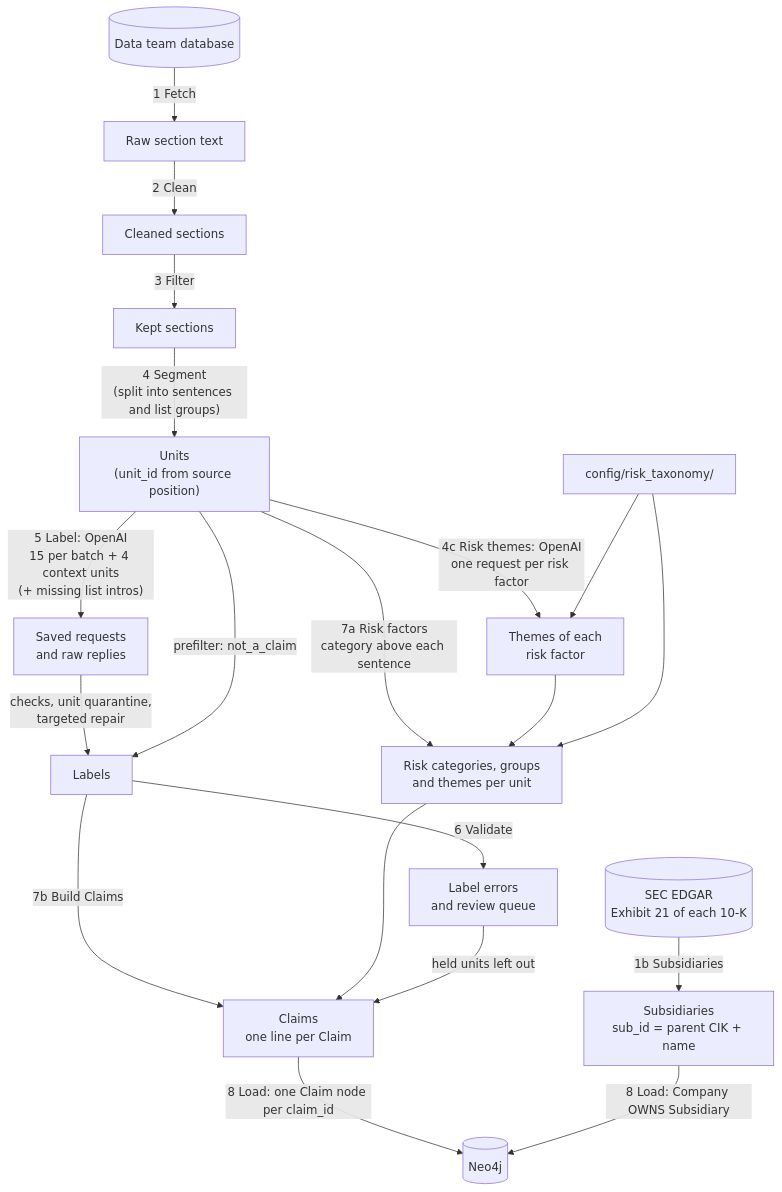
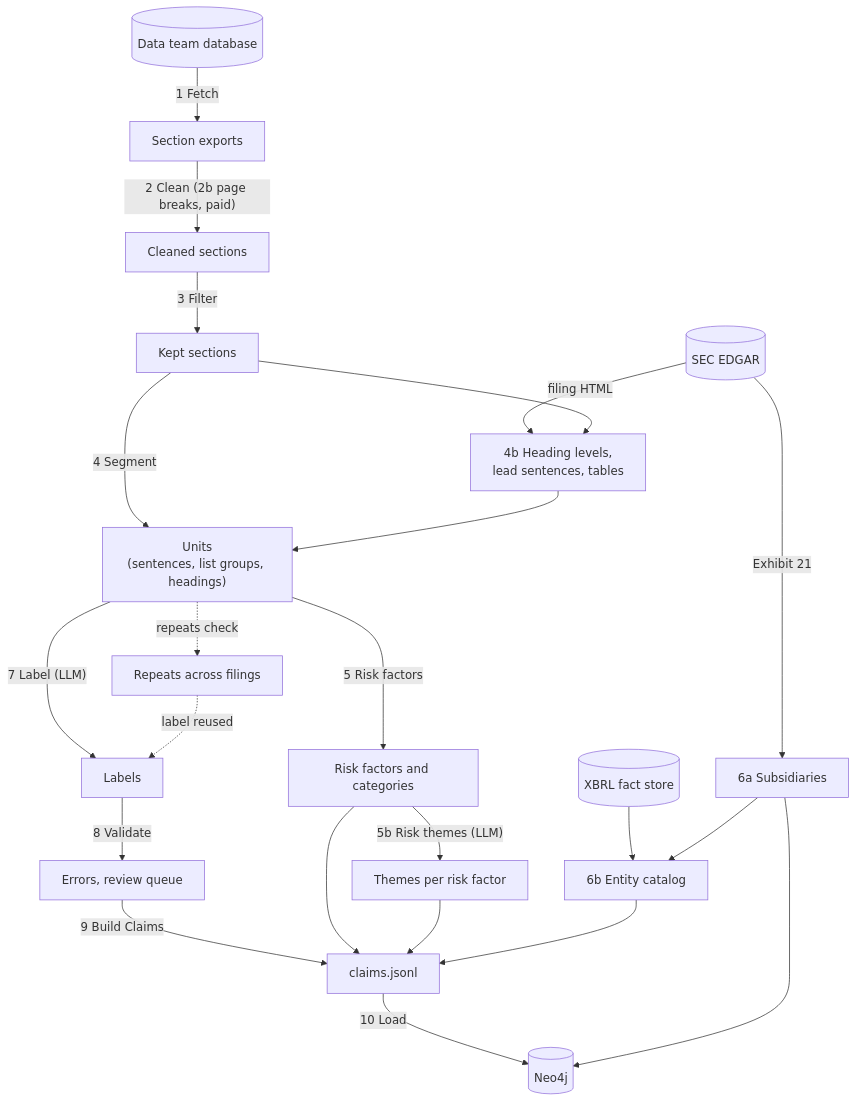
One commit to ZiyiClaudiaWang/KPMG-GraphRAG changed the first of 6 diagrams in extraction_pipeline/README.md. Above: the diagram before and after it, drawn with Mermaid. The commit also changed other lines of this file and 4 other files, not shown here.

Commit message:
Rewrite pipeline README: bullets, new diagrams, shorter setup and review; move merge notes to docs/

````diff
--- a/extraction_pipeline/README.md
+++ b/extraction_pipeline/README.md
@@ -75,22 +40,25 @@
 ```mermaid
 flowchart TD
-    DB[("Data team database")] -->|"1 Fetch"| SEC["Raw section text"]
-    SEC -->|"2 Clean"| CLN["Cleaned sections"]
-    CLN -->|"3 Filter"| MAN["Kept sections"]
-    MAN -->|"4 Segment<br/>(split into sentences and list groups)"| UNITS["Units<br/>(unit_id from source position)"]
-    UNITS -->|"5 Label: OpenAI<br/>15 per batch + 4 context units<br/>(+ missing list intros)"| CACHE["Saved requests<br/>and raw replies"]
-    CACHE -->|"checks, unit quarantine,<br/>targeted repair"| LAB["Labels"]
-    UNITS -->|"prefilter: not_a_claim"| LAB
-    LAB -->|"6 Validate"| REV["Label errors<br/>and review queue"]
-    UNITS -->|"4c Risk themes: OpenAI<br/>one request per risk factor"| RT["Themes of each<br/>risk factor"]
-    UNITS -->|"7a Risk factors<br/>category above each sentence"| RF["Risk categories, groups<br/>and themes per unit"]
-    RT --> RF
-    MAP["config/risk_taxonomy/"] --> RT
-    MAP --> RF
-    LAB -->|"7b Build Claims"| CLM["Claims<br/>one line per Claim"]
+    DB[("Data team database")] -->|"1 Fetch"| SEC["Section exports"]
+    SEC -->|"2 Clean (2b page breaks, paid)"| CLN["Cleaned sections"]
+    CLN -->|"3 Filter"| KEPT["Kept sections"]
+    EDGAR[("SEC EDGAR")] -->|"filing HTML"| HL["4b Heading levels,<br/>lead sentences, tables"]
+    KEPT --> HL
+    KEPT -->|"4 Segment"| UNITS["Units<br/>(sentences, list groups, headings)"]
+    HL --> UNITS
+    UNITS -->|"5 Risk factors"| RF["Risk factors and categories"]
+    RF -->|"5b Risk themes (LLM)"| RT["Themes per risk factor"]
+    EDGAR -->|"Exhibit 21"| SUB["6a Subsidiaries"]
+    FACTS[("XBRL fact store")] --> CAT["6b Entity catalog"]
+    SUB --> CAT
+    UNITS -.->|"repeats check"| REP["Repeats across filings"]
+    UNITS -->|"7 Label (LLM)"| LAB["Labels"]
+    REP -.->|"label reused"| LAB
+    LAB -->|"8 Validate"| VAL["Errors, review queue"]
+    VAL -->|"9 Build Claims"| CLM["claims.jsonl"]
     RF --> CLM
-    REV -->|"held units left out"| CLM
-    CLM -->|"8 Load: one Claim node per claim_id"| NEO[("Neo4j")]
-    EDGAR[("SEC EDGAR<br/>Exhibit 21 of each 10-K")] -->|"1b Subsidiaries"| SUBS["Subsidiaries<br/>sub_id = parent CIK + name"]
-    SUBS -->|"8 Load: Company OWNS Subsidiary"| NEO
+    RT --> CLM
+    CAT --> CLM
+    CLM -->|"10 Load"| NEO[("Neo4j")]
+    SUB --> NEO
 ```
````
